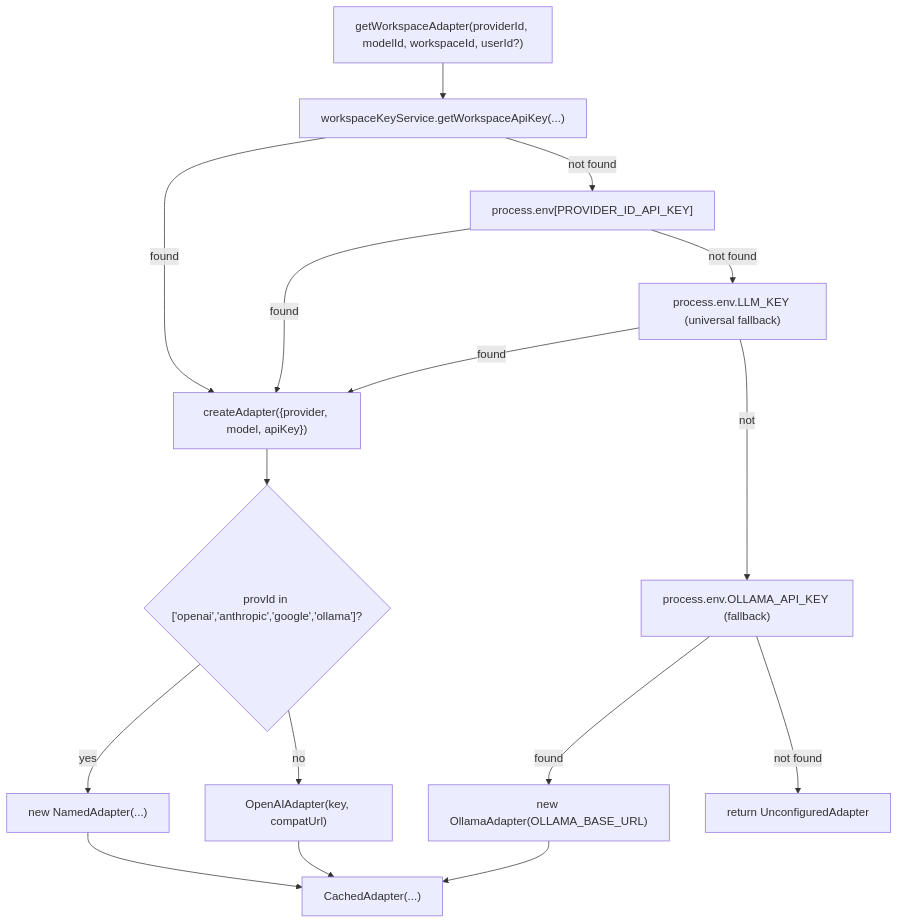
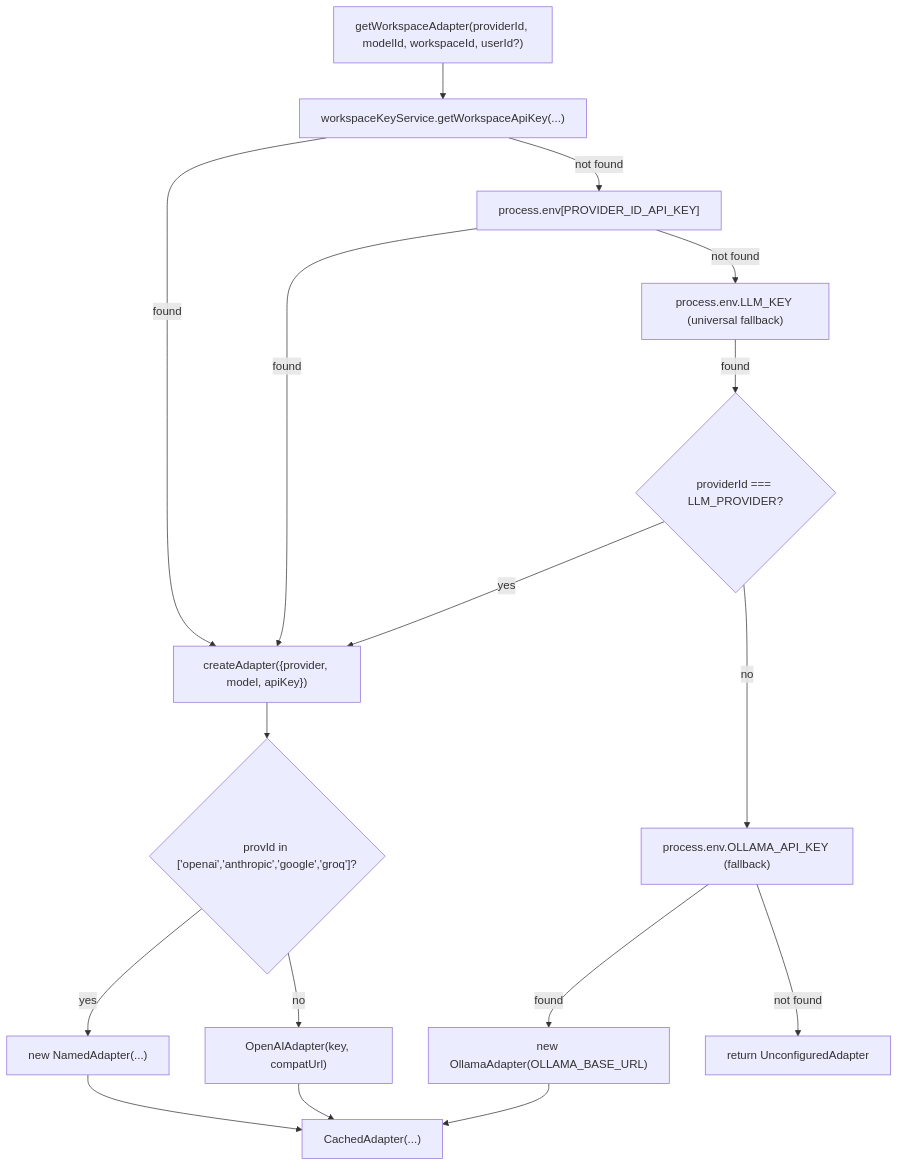
The seventh of 9 diagrams in .qoder/repowiki/en/content/AI Generation Engine/AI Provider Adapters/AI Provider Adapters.md (shekhargiri005-dotcom/AI-powered-accessibility-first-UI-engine), drawn with Mermaid before and after one commit. The commit also changed other lines of this file and 20 other files, not shown here.

````diff
--- a/.qoder/repowiki/en/content/AI Generation Engine/AI Provider Adapters/AI Provider Adapters.md
+++ b/.qoder/repowiki/en/content/AI Generation Engine/AI Provider Adapters/AI Provider Adapters.md
@@ -318,18 +289,19 @@
 ```mermaid
 flowchart TD
 A["getWorkspaceAdapter(providerId, modelId, workspaceId, userId?)"] --> B["workspaceKeyService.getWorkspaceApiKey(...)"]
 B --> |found| C["createAdapter({provider, model, apiKey})"]
 B --> |not found| D["process.env[PROVIDER_ID_API_KEY]"]
 D --> |found| C
 D --> |not found| E["process.env.LLM_KEY (universal fallback)"]
-E --> |found| C
-E --> |not | F["process.env.OLLAMA_API_KEY (fallback)"]
-F --> |found| G["new OllamaAdapter(OLLAMA_BASE_URL)"]
-F --> |not found| H["return UnconfiguredAdapter"]
-C --> I{"provId in ['openai','anthropic','google','ollama']?"}
-I --> |yes| J["new NamedAdapter(...)"]
-I --> |no| K["OpenAIAdapter(key, compatUrl)"]
-J --> L["CachedAdapter(...)"]
-K --> L
-G --> L
+E --> |found| F{"providerId === LLM_PROVIDER?"}
+F --> |yes| C
+F --> |no| G["process.env.OLLAMA_API_KEY (fallback)"]
+G --> |found| H["new OllamaAdapter(OLLAMA_BASE_URL)"]
+G --> |not found| I["return UnconfiguredAdapter"]
+C --> J{"provId in ['openai','anthropic','google','groq']?"}
+J --> |yes| K["new NamedAdapter(...)"]
+J --> |no| L["OpenAIAdapter(key, compatUrl)"]
+K --> M["CachedAdapter(...)"]
+L --> M
+H --> M
 ```
````
